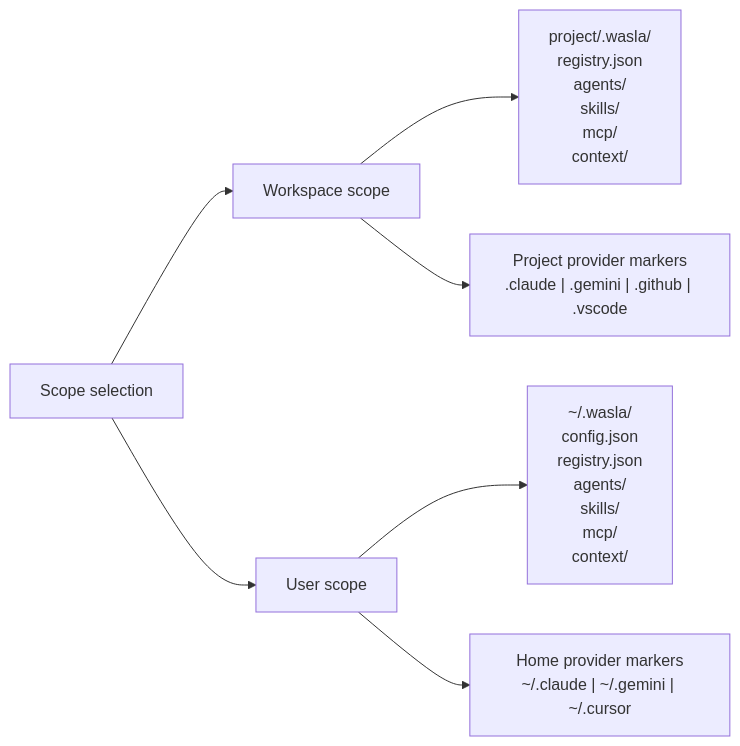
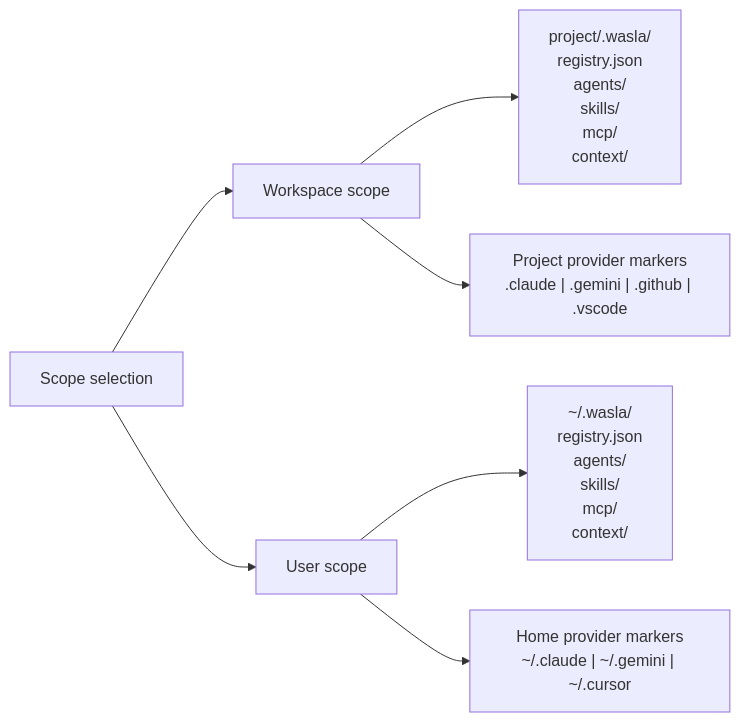
Before and after one commit to The-Untitled-Org/wasla: the first of 2 diagrams in apps/docs/docs/architecture/scopes-and-registry.md, drawn with Mermaid. The commit also changed other lines of this file and 34 other files, not shown here.

````diff
--- a/apps/docs/docs/architecture/scopes-and-registry.md
+++ b/apps/docs/docs/architecture/scopes-and-registry.md
@@ -11,17 +11,17 @@
 ```mermaid
 flowchart LR
     Scope["Scope selection"]
     Workspace["Workspace scope"]
     User["User scope"]
     WorkspaceRegistry["project/.wasla/<br/>registry.json<br/>agents/<br/>skills/<br/>mcp/<br/>context/"]
     WorkspaceProviders["Project provider markers<br/>.claude | .gemini | .github | .vscode"]
-    UserRegistry["~/.wasla/<br/>config.json<br/>registry.json<br/>agents/<br/>skills/<br/>mcp/<br/>context/"]
+    UserRegistry["~/.wasla/<br/>registry.json<br/>agents/<br/>skills/<br/>mcp/<br/>context/"]
     UserProviders["Home provider markers<br/>~/.claude | ~/.gemini | ~/.cursor"]
 
     Scope --> Workspace
     Scope --> User
     Workspace --> WorkspaceRegistry
     Workspace --> WorkspaceProviders
     User --> UserRegistry
     User --> UserProviders
 ```
````
